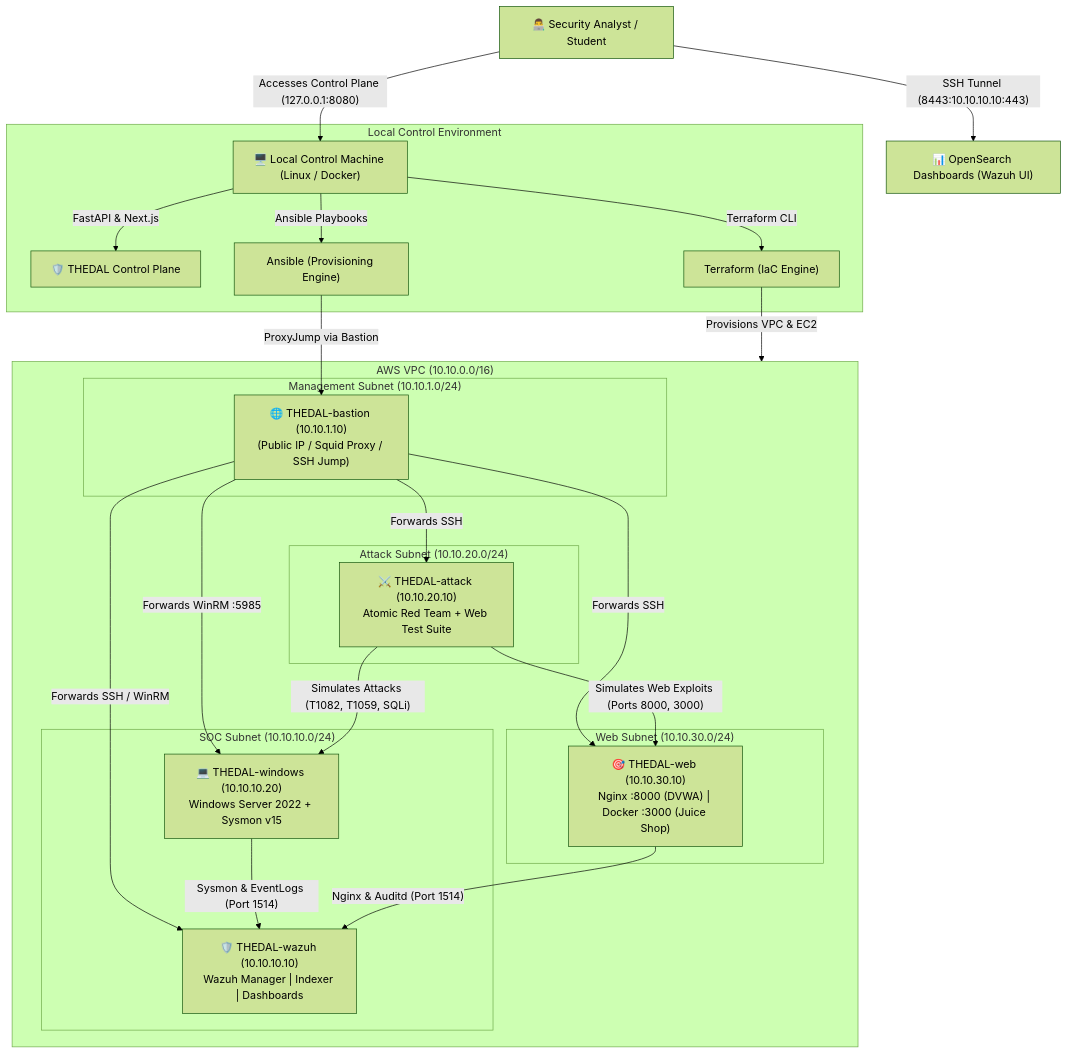
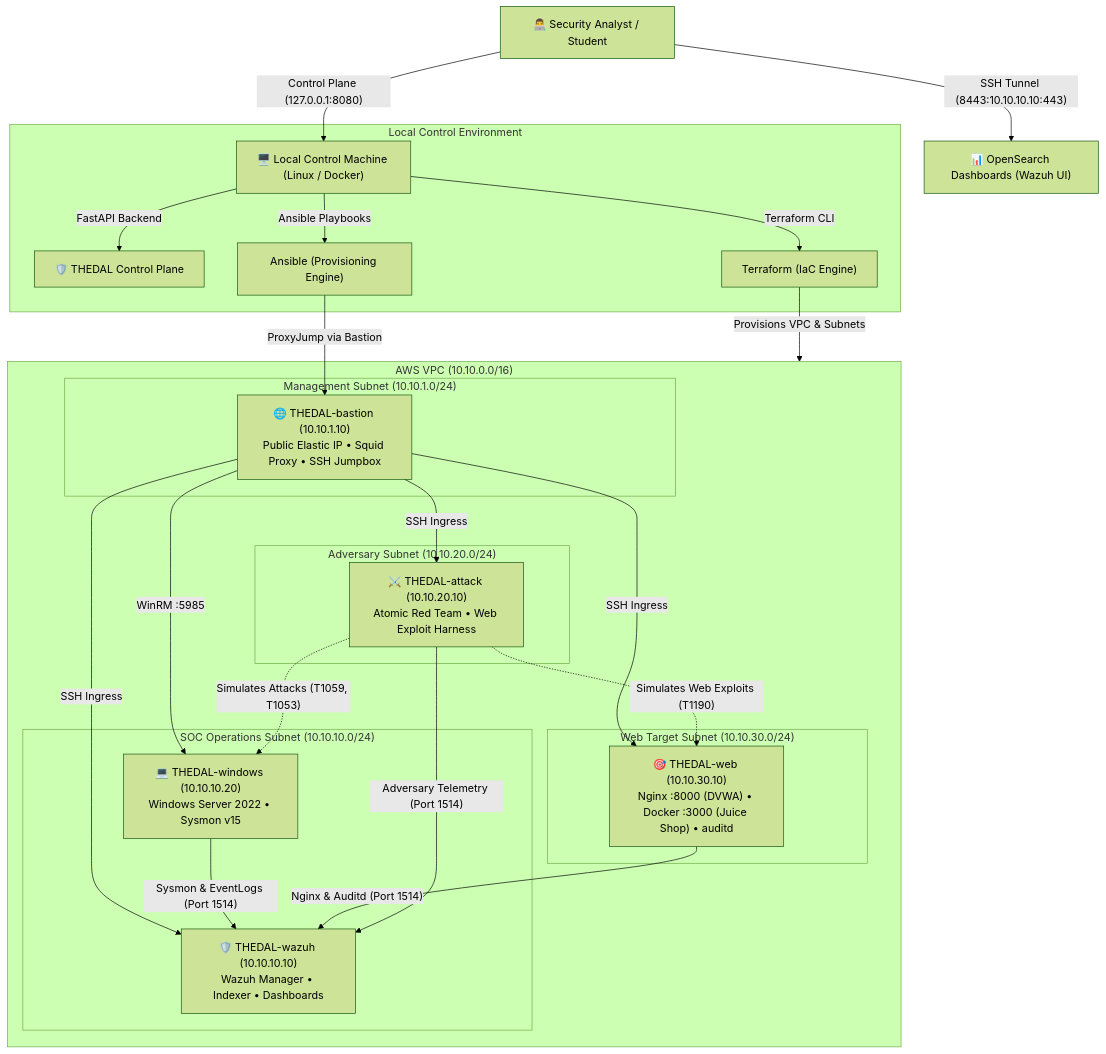
The first of 3 diagrams in README.md (EswaranS-06/THEDAL), drawn with Mermaid (forest theme) before and after one commit. The commit also changed other lines of this file and 47 other files, not shown here.

Commit message:
feat(hero-page): complete redesign with minimal brutalist editorial aesthetic and React Flow architecture map

````diff
--- a/README.md
+++ b/README.md
@@ -85,43 +130,44 @@
 ```mermaid
 graph TD
-    User["👨‍💻 Security Analyst / Student"] -->|"Accesses Control Plane (127.0.0.1:8080)"| ControlVM["🖥️ Local Control Machine (Linux / Docker)"]
+    User["👨‍💻 Security Analyst / Student"] -->|"Control Plane (127.0.0.1:8080)"| ControlVM["🖥️ Local Control Machine (Linux / Docker)"]
     User -->|"SSH Tunnel (8443:10.10.10.10:443)"| WazuhUI["📊 OpenSearch Dashboards (Wazuh UI)"]
 
     subgraph Control_Environment["Local Control Environment"]
-        ControlVM -->|"FastAPI & Next.js"| ControlPlane["🛡️ THEDAL Control Plane"]
+        ControlVM -->|"FastAPI Backend"| ControlPlane["🛡️ THEDAL Control Plane"]
         ControlVM -->|"Terraform CLI"| TF["Terraform (IaC Engine)"]
         ControlVM -->|"Ansible Playbooks"| Ansible["Ansible (Provisioning Engine)"]
     end
 
-    TF -->|"Provisions VPC & EC2"| AWS_VPC["☁️ AWS VPC: 10.10.0.0/16 (ap-south-1)"]
+    TF -->|"Provisions VPC & Subnets"| AWS_VPC["☁️ AWS VPC: 10.10.0.0/16"]
 
     subgraph AWS_VPC["AWS VPC (10.10.0.0/16)"]
         subgraph Public_Tier["Management Subnet (10.10.1.0/24)"]
-            Bastion["🌐 THEDAL-bastion (10.10.1.10)<br/>(Public IP / Squid Proxy / SSH Jump)"]
+            Bastion["🌐 THEDAL-bastion (10.10.1.10)<br/>Public Elastic IP • Squid Proxy • SSH Jumpbox"]
         end
 
-        subgraph Private_SOC_Tier["SOC Subnet (10.10.10.0/24)"]
-            WazuhHost["🛡️ THEDAL-wazuh (10.10.10.10)<br/>Wazuh Manager | Indexer | Dashboards"]
-            WinHost["💻 THEDAL-windows (10.10.10.20)<br/>Windows Server 2022 + Sysmon v15"]
+        subgraph Private_SOC_Tier["SOC Operations Subnet (10.10.10.0/24)"]
+            WazuhHost["🛡️ THEDAL-wazuh (10.10.10.10)<br/>Wazuh Manager • Indexer • Dashboards"]
+            WinHost["💻 THEDAL-windows (10.10.10.20)<br/>Windows Server 2022 • Sysmon v15"]
         end
 
-        subgraph Private_Attack_Tier["Attack Subnet (10.10.20.0/24)"]
-            AttackHost["⚔️ THEDAL-attack (10.10.20.10)<br/>Atomic Red Team + Web Test Suite"]
+        subgraph Private_Attack_Tier["Adversary Subnet (10.10.20.0/24)"]
+            AttackHost["⚔️ THEDAL-attack (10.10.20.10)<br/>Atomic Red Team • Web Exploit Harness"]
         end
 
-        subgraph Private_Web_Tier["Web Subnet (10.10.30.0/24)"]
-            WebHost["🎯 THEDAL-web (10.10.30.10)<br/>Nginx :8000 (DVWA) | Docker :3000 (Juice Shop)"]
+        subgraph Private_Web_Tier["Web Target Subnet (10.10.30.0/24)"]
+            WebHost["🎯 THEDAL-web (10.10.30.10)<br/>Nginx :8000 (DVWA) • Docker :3000 (Juice Shop) • auditd"]
         end
     end
 
     Ansible -->|"ProxyJump via Bastion"| Bastion
-    Bastion -->|"Forwards SSH / WinRM"| WazuhHost
-    Bastion -->|"Forwards SSH"| AttackHost
-    Bastion -->|"Forwards SSH"| WebHost
-    Bastion -->|"Forwards WinRM :5985"| WinHost
+    Bastion -->|"SSH Ingress"| WazuhHost
+    Bastion -->|"SSH Ingress"| AttackHost
+    Bastion -->|"SSH Ingress"| WebHost
+    Bastion -->|"WinRM :5985"| WinHost
 
     WinHost -->|"Sysmon & EventLogs (Port 1514)"| WazuhHost
     WebHost -->|"Nginx & Auditd (Port 1514)"| WazuhHost
-    AttackHost -->|"Simulates Attacks (T1082, T1059, SQLi)"| WinHost
-    AttackHost -->|"Simulates Web Exploits (Ports 8000, 3000)"| WebHost
+    AttackHost -->|"Adversary Telemetry (Port 1514)"| WazuhHost
+    AttackHost -.->|"Simulates Attacks (T1059, T1053)"| WinHost
+    AttackHost -.->|"Simulates Web Exploits (T1190)"| WebHost
 ```
````
